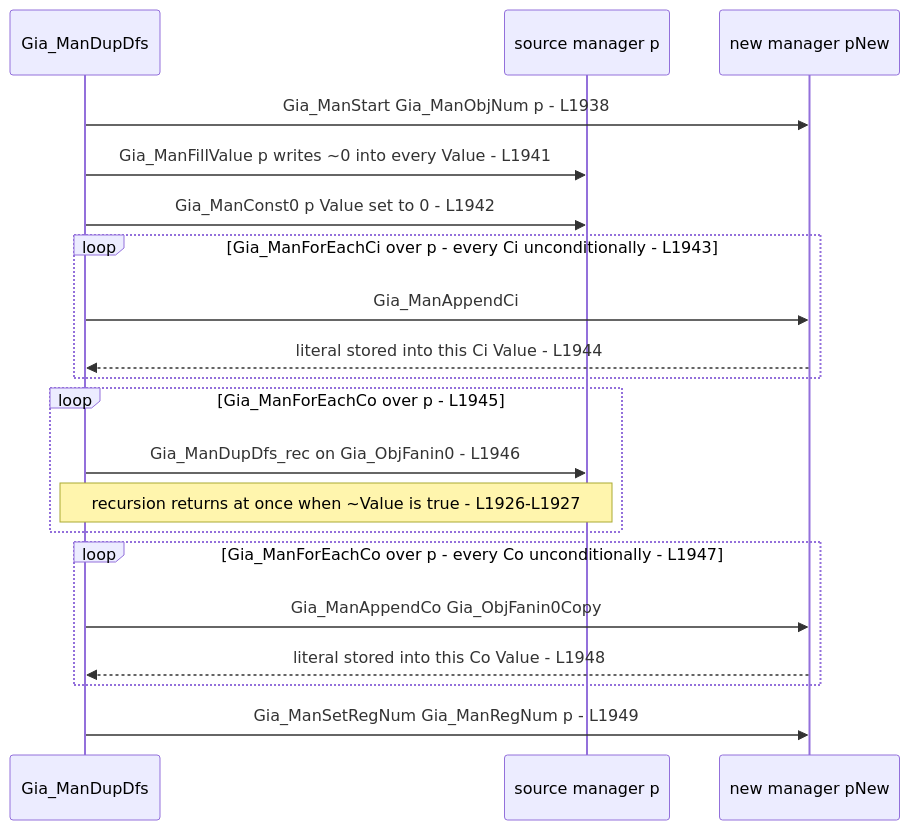
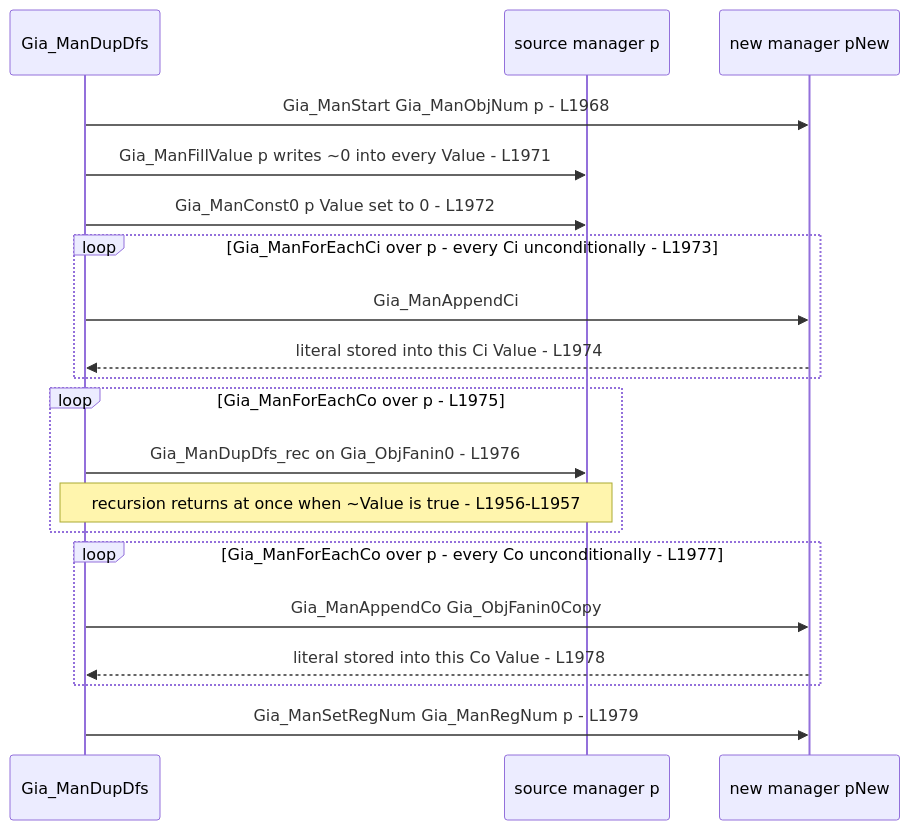
One commit to blitzy-research/abc changed the ninth of 10 diagrams in src/aig/gia/README.md. Above: the diagram before and after it, drawn with Mermaid. The commit also changed other lines of this file and 2 other files, not shown here.

First line of the commit message:
docs(gia): correct marked-duplication closure, capacity reporting and DFS flag identity

````diff
--- a/src/aig/gia/README.md
+++ b/src/aig/gia/README.md
@@ -1049,22 +1049,22 @@
 ```mermaid
 sequenceDiagram
     participant Pass as Gia_ManDupDfs
     participant Old as source manager p
     participant New as new manager pNew
-    Pass->>New: Gia_ManStart Gia_ManObjNum p - L1938
-    Pass->>Old: Gia_ManFillValue p writes ~0 into every Value - L1941
-    Pass->>Old: Gia_ManConst0 p Value set to 0 - L1942
-    loop Gia_ManForEachCi over p - every Ci unconditionally - L1943
+    Pass->>New: Gia_ManStart Gia_ManObjNum p - L1968
+    Pass->>Old: Gia_ManFillValue p writes ~0 into every Value - L1971
+    Pass->>Old: Gia_ManConst0 p Value set to 0 - L1972
+    loop Gia_ManForEachCi over p - every Ci unconditionally - L1973
         Pass->>New: Gia_ManAppendCi
-        New-->>Pass: literal stored into this Ci Value - L1944
+        New-->>Pass: literal stored into this Ci Value - L1974
     end
-    loop Gia_ManForEachCo over p - L1945
-        Pass->>Old: Gia_ManDupDfs_rec on Gia_ObjFanin0 - L1946
-        Note over Pass,Old: recursion returns at once when ~Value is true - L1926-L1927
+    loop Gia_ManForEachCo over p - L1975
+        Pass->>Old: Gia_ManDupDfs_rec on Gia_ObjFanin0 - L1976
+        Note over Pass,Old: recursion returns at once when ~Value is true - L1956-L1957
     end
-    loop Gia_ManForEachCo over p - every Co unconditionally - L1947
+    loop Gia_ManForEachCo over p - every Co unconditionally - L1977
         Pass->>New: Gia_ManAppendCo Gia_ObjFanin0Copy
-        New-->>Pass: literal stored into this Co Value - L1948
+        New-->>Pass: literal stored into this Co Value - L1978
     end
-    Pass->>New: Gia_ManSetRegNum Gia_ManRegNum p - L1949
+    Pass->>New: Gia_ManSetRegNum Gia_ManRegNum p - L1979
 ```
````
